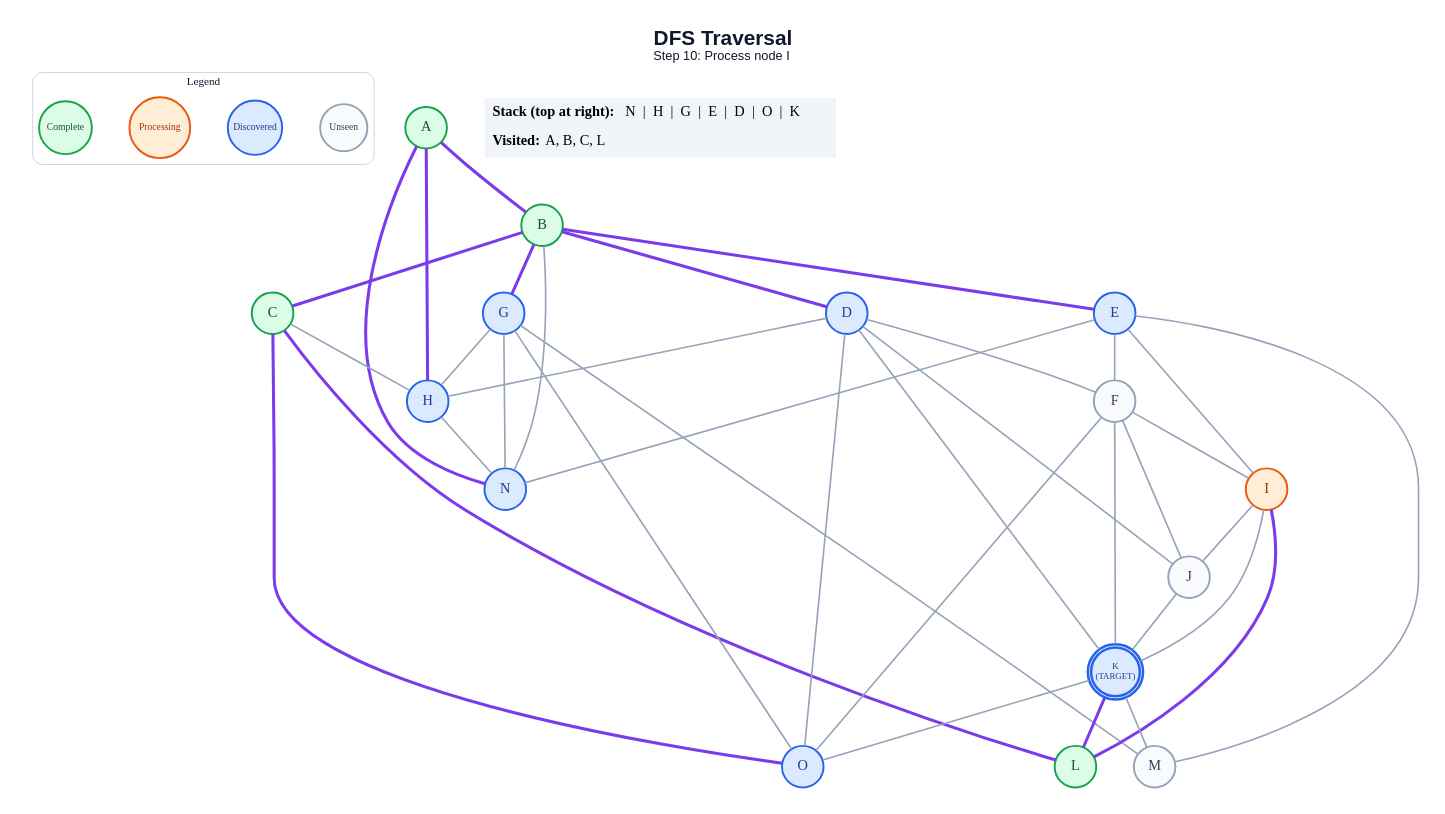
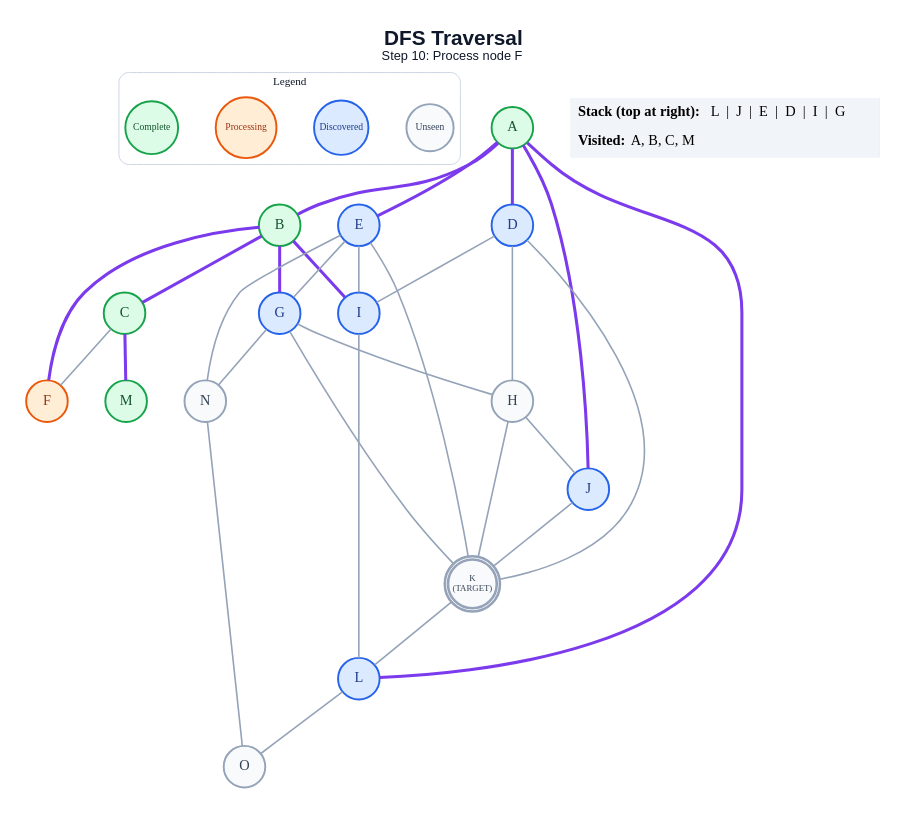
The diagram in generated/dfs/step_10.dot (anon7238593-create/ai-slop), drawn with Graphviz before and after one commit. The commit also changed 253 other files, not shown here.

```diff
--- a/generated/dfs/step_10.dot
+++ b/generated/dfs/step_10.dot
@@ -1,70 +1,62 @@
 graph traversal {
   graph [layout=dot, rankdir=TB, bgcolor="#FFFFFF", pad="0.35", nodesep="0.65", ranksep="0.8", fontname="Arial"];
   node [shape=circle, style="filled", fontname="Arial Bold", fontsize=18, width=0.72, fixedsize=true, penwidth=2.4];
   edge [color="#94A3B8", penwidth=2.0];
-  label=<<B>DFS Traversal</B><BR/><FONT POINT-SIZE="16">Step 10: Process node I</FONT>>; labelloc="t"; fontsize=26; fontname="Arial"; fontcolor="#0F172A";
+  label=<<B>DFS Traversal</B><BR/><FONT POINT-SIZE="16">Step 10: Process node F</FONT>>; labelloc="t"; fontsize=26; fontname="Arial"; fontcolor="#0F172A";
   subgraph cluster_legend { label="Legend"; color="#CBD5E1"; penwidth=1.2; style="rounded"; fontsize=14; fontname="Arial Bold";
     key_unseen [label="Unseen", fillcolor="#F8FAFC", color="#94A3B8", fontcolor="#334155", fontsize=12, width=0.82];
     key_frontier [label="Discovered", fillcolor="#DBEAFE", color="#2563EB", fontcolor="#1E3A8A", fontsize=12, width=0.95];
     key_current [label="Processing", fillcolor="#FFEDD5", color="#EA580C", fontcolor="#9A3412", fontsize=12, width=1.05];
     key_done [label="Complete", fillcolor="#DCFCE7", color="#16A34A", fontcolor="#14532D", fontsize=12, width=0.92];
     { rank=same; key_unseen; key_frontier; key_current; key_done; }
   }
   A [label="A", fillcolor="#DCFCE7", color="#16A34A", fontcolor="#14532D", peripheries=1, penwidth=2.4];
   B [label="B", fillcolor="#DCFCE7", color="#16A34A", fontcolor="#14532D", peripheries=1, penwidth=2.4];
   C [label="C", fillcolor="#DCFCE7", color="#16A34A", fontcolor="#14532D", peripheries=1, penwidth=2.4];
   D [label="D", fillcolor="#DBEAFE", color="#2563EB", fontcolor="#1E3A8A", peripheries=1, penwidth=2.4];
   E [label="E", fillcolor="#DBEAFE", color="#2563EB", fontcolor="#1E3A8A", peripheries=1, penwidth=2.4];
-  F [label="F", fillcolor="#F8FAFC", color="#94A3B8", fontcolor="#334155", peripheries=1, penwidth=2.4];
+  F [label="F", fillcolor="#FFEDD5", color="#EA580C", fontcolor="#9A3412", peripheries=1, penwidth=2.4];
   G [label="G", fillcolor="#DBEAFE", color="#2563EB", fontcolor="#1E3A8A", peripheries=1, penwidth=2.4];
-  H [label="H", fillcolor="#DBEAFE", color="#2563EB", fontcolor="#1E3A8A", peripheries=1, penwidth=2.4];
-  I [label="I", fillcolor="#FFEDD5", color="#EA580C", fontcolor="#9A3412", peripheries=1, penwidth=2.4];
-  J [label="J", fillcolor="#F8FAFC", color="#94A3B8", fontcolor="#334155", peripheries=1, penwidth=2.4];
-  K [label="K\n(TARGET)", fillcolor="#DBEAFE", color="#2563EB", fontcolor="#1E3A8A", peripheries=2, penwidth=3.2, fontsize=11, width=0.85, height=0.85];
-  L [label="L", fillcolor="#DCFCE7", color="#16A34A", fontcolor="#14532D", peripheries=1, penwidth=2.4];
-  M [label="M", fillcolor="#F8FAFC", color="#94A3B8", fontcolor="#334155", peripheries=1, penwidth=2.4];
-  N [label="N", fillcolor="#DBEAFE", color="#2563EB", fontcolor="#1E3A8A", peripheries=1, penwidth=2.4];
-  O [label="O", fillcolor="#DBEAFE", color="#2563EB", fontcolor="#1E3A8A", peripheries=1, penwidth=2.4];
+  H [label="H", fillcolor="#F8FAFC", color="#94A3B8", fontcolor="#334155", peripheries=1, penwidth=2.4];
+  I [label="I", fillcolor="#DBEAFE", color="#2563EB", fontcolor="#1E3A8A", peripheries=1, penwidth=2.4];
+  J [label="J", fillcolor="#DBEAFE", color="#2563EB", fontcolor="#1E3A8A", peripheries=1, penwidth=2.4];
+  K [label="K\n(TARGET)", fillcolor="#F8FAFC", color="#94A3B8", fontcolor="#334155", peripheries=2, penwidth=3.2, fontsize=11, width=0.85, height=0.85];
+  L [label="L", fillcolor="#DBEAFE", color="#2563EB", fontcolor="#1E3A8A", peripheries=1, penwidth=2.4];
+  M [label="M", fillcolor="#DCFCE7", color="#16A34A", fontcolor="#14532D", peripheries=1, penwidth=2.4];
+  N [label="N", fillcolor="#F8FAFC", color="#94A3B8", fontcolor="#334155", peripheries=1, penwidth=2.4];
+  O [label="O", fillcolor="#F8FAFC", color="#94A3B8", fontcolor="#334155", peripheries=1, penwidth=2.4];
   A -- B [color="#7C3AED", penwidth=3.8];
-  A -- H [color="#7C3AED", penwidth=3.8];
-  A -- N [color="#7C3AED", penwidth=3.8];
+  A -- D [color="#7C3AED", penwidth=3.8];
+  A -- E [color="#7C3AED", penwidth=3.8];
+  A -- J [color="#7C3AED", penwidth=3.8];
+  A -- L [color="#7C3AED", penwidth=3.8];
   B -- C [color="#7C3AED", penwidth=3.8];
-  B -- D [color="#7C3AED", penwidth=3.8];
-  B -- E [color="#7C3AED", penwidth=3.8];
+  B -- F [color="#7C3AED", penwidth=3.8];
   B -- G [color="#7C3AED", penwidth=3.8];
-  B -- N;
-  C -- H;
-  C -- L [color="#7C3AED", penwidth=3.8];
-  C -- O [color="#7C3AED", penwidth=3.8];
-  D -- F;
+  B -- I [color="#7C3AED", penwidth=3.8];
+  C -- F;
+  C -- M [color="#7C3AED", penwidth=3.8];
   D -- H;
-  D -- J;
+  D -- I;
   D -- K;
-  D -- O;
-  E -- F;
+  E -- G;
   E -- I;
-  E -- M;
+  E -- K;
   E -- N;
-  F -- I;
-  F -- J;
-  F -- K;
-  F -- O;
   G -- H;
-  G -- M;
+  G -- K;
   G -- N;
-  G -- O;
-  H -- N;
-  I -- J;
-  I -- K;
-  I -- L [color="#7C3AED", penwidth=3.8];
+  H -- J;
+  H -- K;
+  I -- L;
   J -- K;
-  K -- L [color="#7C3AED", penwidth=3.8];
-  K -- M;
-  K -- O;
+  K -- L;
+  L -- O;
+  N -- O;
   status [shape=plain, fixedsize=false, width=0, height=0, margin=0, label=<
     <TABLE BORDER="0" CELLBORDER="0" CELLPADDING="7" BGCOLOR="#F1F5F9">
-      <TR><TD ALIGN="LEFT"><B>Stack (top at right):</B> N  |  H  |  G  |  E  |  D  |  O  |  K</TD></TR>
-      <TR><TD ALIGN="LEFT"><B>Visited:</B> A, B, C, L</TD></TR>
+      <TR><TD ALIGN="LEFT"><B>Stack (top at right):</B> L  |  J  |  E  |  D  |  I  |  G</TD></TR>
+      <TR><TD ALIGN="LEFT"><B>Visited:</B> A, B, C, M</TD></TR>
     </TABLE>
   >];
 }
```
